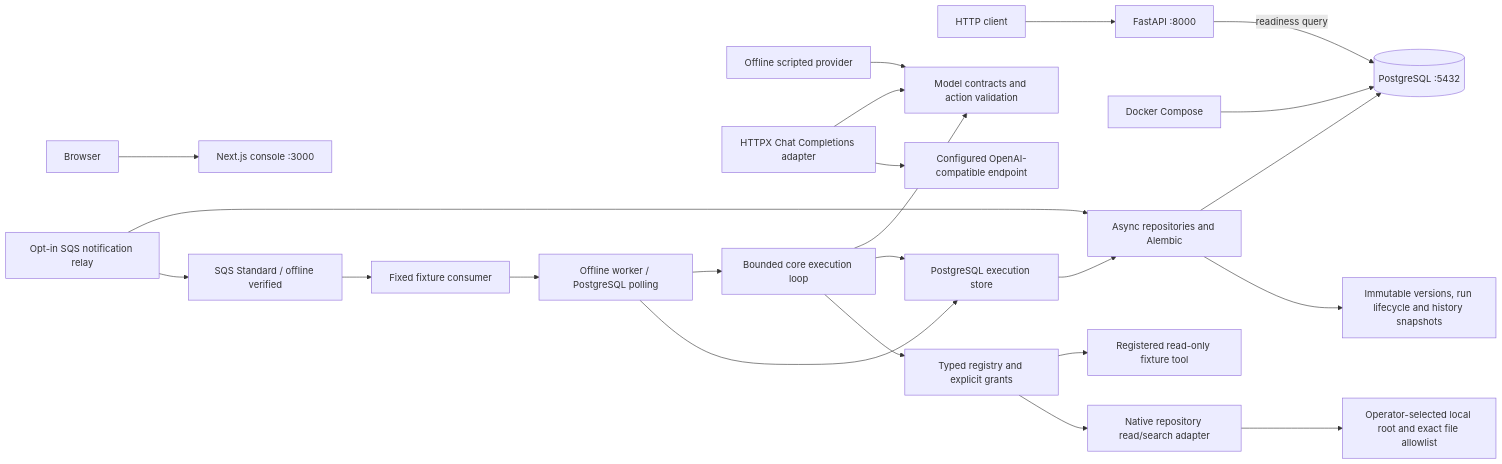
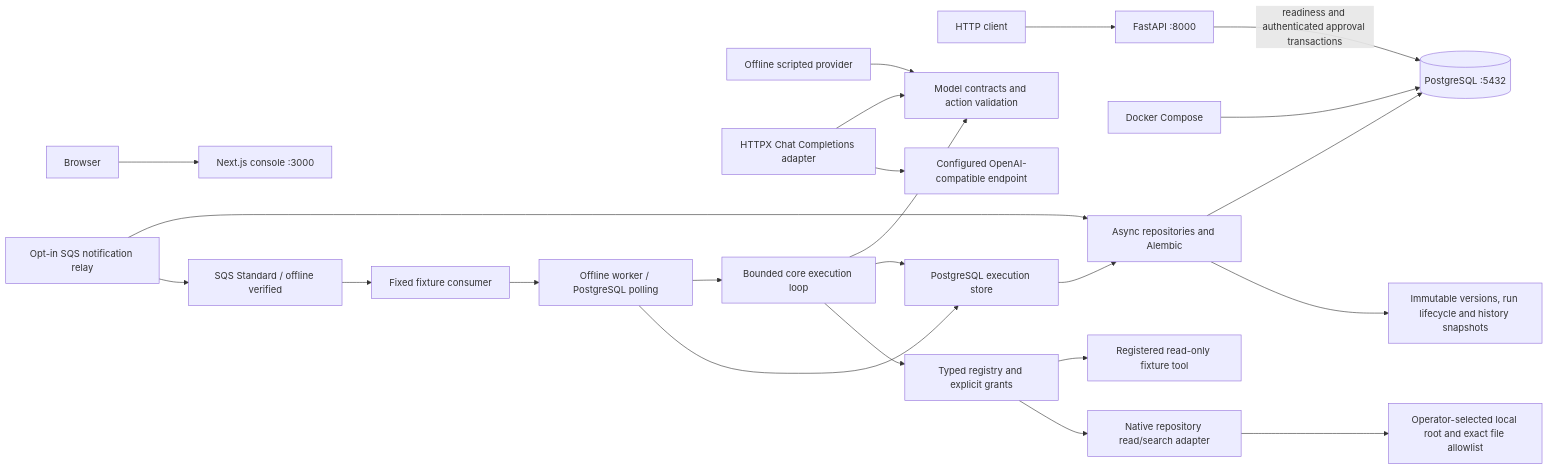
One commit to TaoM29/runveil changed the first of 2 diagrams in ARCHITECTURE.md. Above: the diagram before and after it, drawn with Mermaid. The commit also changed other lines of this file and 2 other files, not shown here.

Commit message:
docs: update Runveil architecture and roadmap

````diff
--- a/ARCHITECTURE.md
+++ b/ARCHITECTURE.md
@@ -5,25 +5,25 @@
 ```mermaid
 flowchart LR
     Browser --> Web[Next.js console :3000]
     Client[HTTP client] --> API[FastAPI :8000]
     Compose[Docker Compose] --> PG[(PostgreSQL :5432)]
-    API -->|readiness query| PG
+    API -->|readiness and authenticated approval transactions| PG
     Persistence[Async repositories and Alembic] --> PG
     Persistence --> Domain[Immutable versions, run lifecycle and history snapshots]
     Scripted[Offline scripted provider] --> Contracts[Model contracts and action validation]
     Hosted[HTTPX Chat Completions adapter] --> Contracts
     Hosted --> Endpoint[Configured OpenAI-compatible endpoint]
     Worker[Offline worker / PostgreSQL polling] --> Runtime
     Worker --> Store
     Relay[Opt-in SQS notification relay] --> Persistence
     Relay --> SQS[SQS Standard / offline verified]
     SQS --> Consumer[Fixed fixture consumer]
     Consumer --> Worker
     Runtime[Bounded core execution loop] --> Contracts
     Runtime --> Store[PostgreSQL execution store]
     Store --> Persistence
     Runtime --> Tools[Typed registry and explicit grants]
     Tools --> Fixture[Registered read-only fixture tool]
     Tools --> Repository[Native repository read/search adapter]
     Repository --> Checkout[Operator-selected local root and exact file allowlist]
 ```
````
